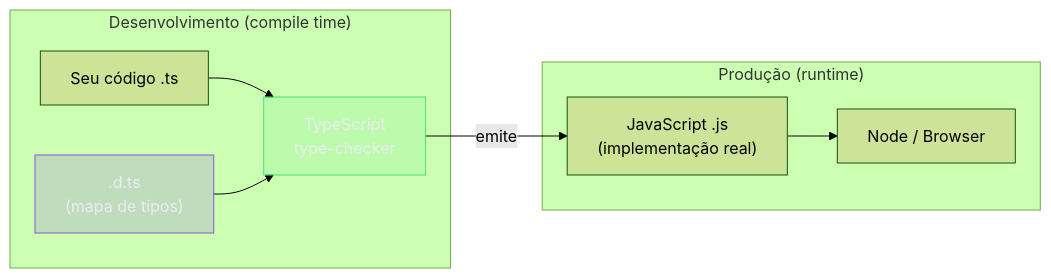
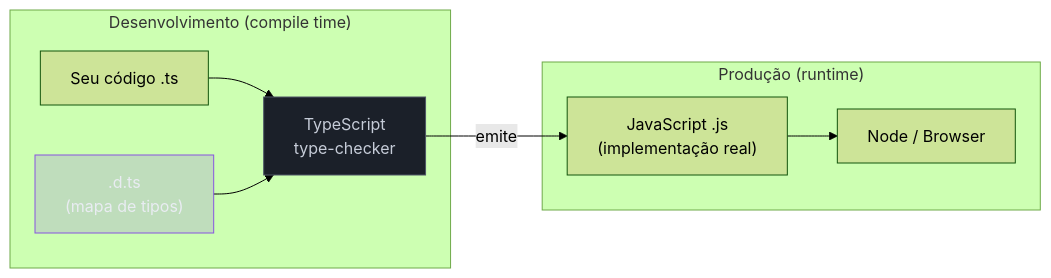
One commit to josenaldo/codex-technomanticus changed the first of 6 diagrams in 03-Dominios/Tecnologia/TypeScript/22 - Declaration files (.d.ts) e o ecossistema de tipos.md. Above: the diagram before and after it, drawn with Mermaid (forest theme). The commit also changed other lines of this file and 601 other files, not shown here.

````diff
--- a/03-Dominios/Tecnologia/TypeScript/22 - Declaration files (.d.ts) e o ecossistema de tipos.md
+++ b/03-Dominios/Tecnologia/TypeScript/22 - Declaration files (.d.ts) e o ecossistema de tipos.md
@@ -32,20 +32,20 @@
 ```mermaid
 flowchart LR
+    classDef neutro fill:#1B2029,stroke:#4E5666,color:#C6CCD8
     classDef marca fill:#8855DF33,stroke:#8855DF,color:#E9ECF2
-    classDef ok fill:#4ADE8021,stroke:#4ADE80,color:#E9ECF2
     subgraph "Desenvolvimento (compile time)"
         TS["Seu código .ts"]
         DTS[".d.ts\n(mapa de tipos)"]
         CHK["TypeScript\ntype-checker"]
         TS --> CHK
         DTS --> CHK
     end
     subgraph "Produção (runtime)"
         JS["JavaScript .js\n(implementação real)"]
         NODE["Node / Browser"]
         JS --> NODE
     end
     CHK -->|"emite"| JS
     class DTS marca
-    class CHK ok
+    class CHK neutro
 ```
````
